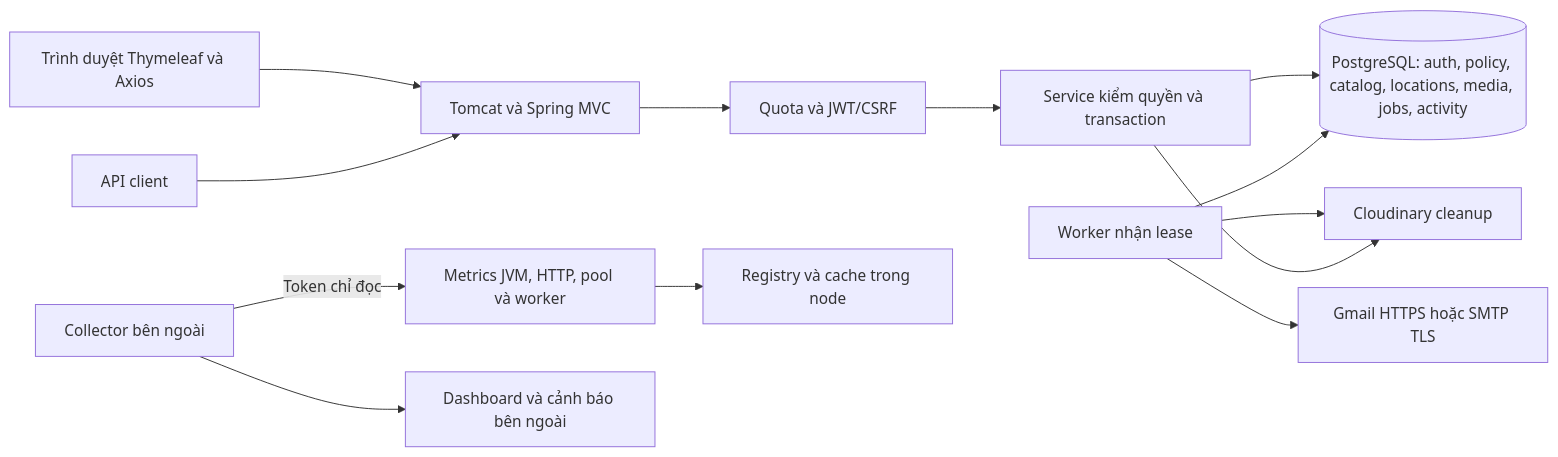
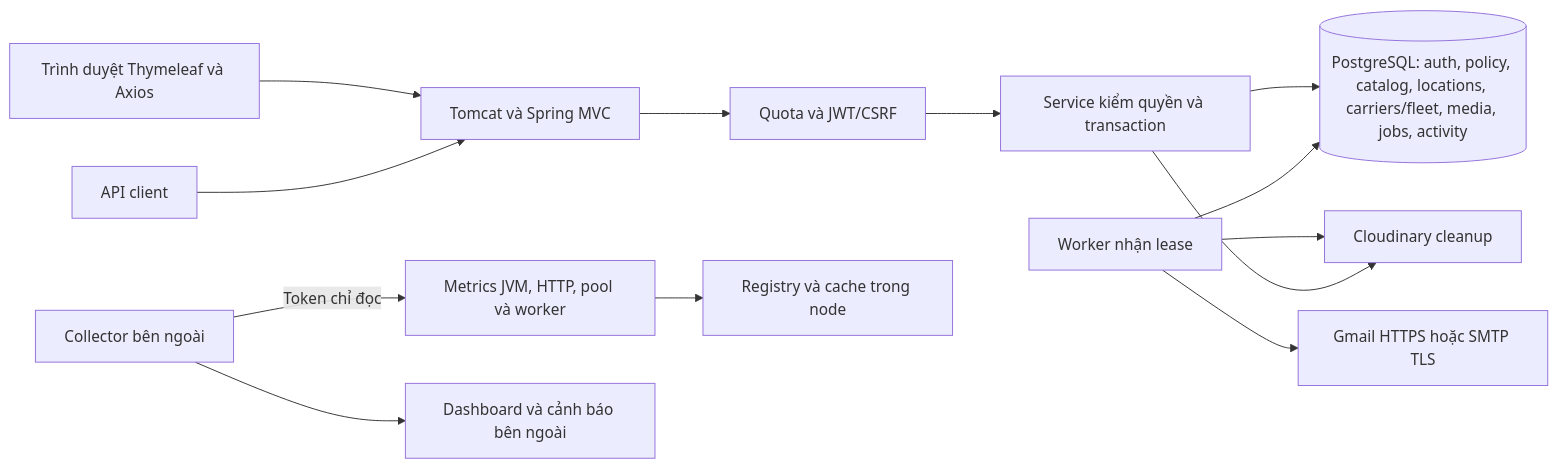
The diagram in docs/01-bat-dau/TONG_QUAN_HE_THONG.md (hieuv526034/vietroute-web), drawn with Mermaid before and after one commit. The commit also changed other lines of this file and 81 other files, not shown here.

````diff
--- a/docs/01-bat-dau/TONG_QUAN_HE_THONG.md
+++ b/docs/01-bat-dau/TONG_QUAN_HE_THONG.md
@@ -15,15 +15,15 @@
 ```mermaid
 flowchart LR
     Browser[Trình duyệt Thymeleaf và Axios] --> Web[Tomcat và Spring MVC]
     Api[API client] --> Web
     Web --> Security[Quota và JWT/CSRF]
     Security --> Services[Service kiểm quyền và transaction]
-    Services --> DB[(PostgreSQL: auth, policy, catalog, locations, media, jobs, activity)]
+    Services --> DB[(PostgreSQL: auth, policy, catalog, locations, carriers/fleet, media, jobs, activity)]
     Worker[Worker nhận lease] --> DB
     Worker --> Gmail[Gmail HTTPS hoặc SMTP TLS]
     Worker --> Cloudinary[Cloudinary cleanup]
     Services --> Cloudinary
     Monitor[Collector bên ngoài] -->|Token chỉ đọc| Metrics[Metrics JVM, HTTP, pool và worker]
     Metrics --> Registry[Registry và cache trong node]
     Monitor --> Dashboard[Dashboard và cảnh báo bên ngoài]
 ```
````
